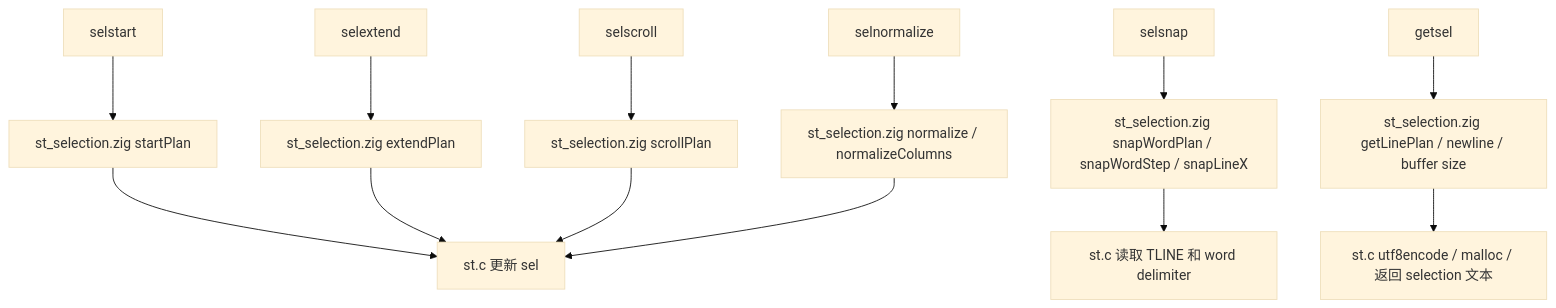
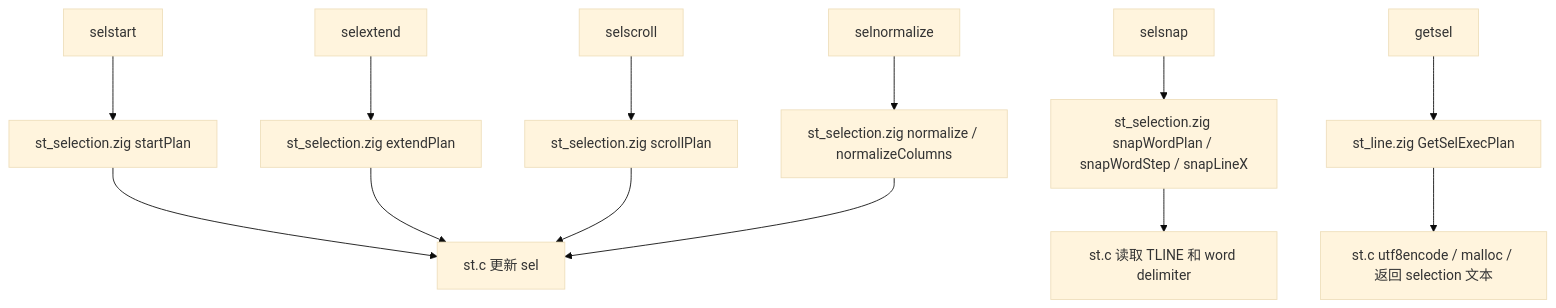
Before and after one commit to zdzDesigner/st: the sixth of 9 diagrams in docs/architecture-flow.md, drawn with Mermaid (base theme). The commit also changed other lines of this file and 7 other files, not shown here.

````diff
--- a/docs/architecture-flow.md
+++ b/docs/architecture-flow.md
@@ -147,16 +146,16 @@
 ```mermaid
 flowchart TD
     Start[selstart] --> StartPlan[st_selection.zig startPlan]
     Extend[selextend] --> ExtendPlan[st_selection.zig extendPlan]
     Scroll[selscroll] --> ScrollPlan[st_selection.zig scrollPlan]
     Normalize[selnormalize] --> Bounds[st_selection.zig normalize / normalizeColumns]
     Snap[selsnap] --> SnapPlan[st_selection.zig snapWordPlan / snapWordStep / snapLineX]
-    GetSel[getsel] --> GetLine[st_selection.zig getLinePlan / newline / buffer size]
+    GetSel[getsel] --> GetLine[st_line.zig GetSelExecPlan]
 
     StartPlan --> CState[st.c 更新 sel]
     ExtendPlan --> CState
     ScrollPlan --> CState
     Bounds --> CState
     SnapPlan --> CTLine[st.c 读取 TLINE 和 word delimiter]
     GetLine --> CCopy[st.c utf8encode / malloc / 返回 selection 文本]
 ```
````
